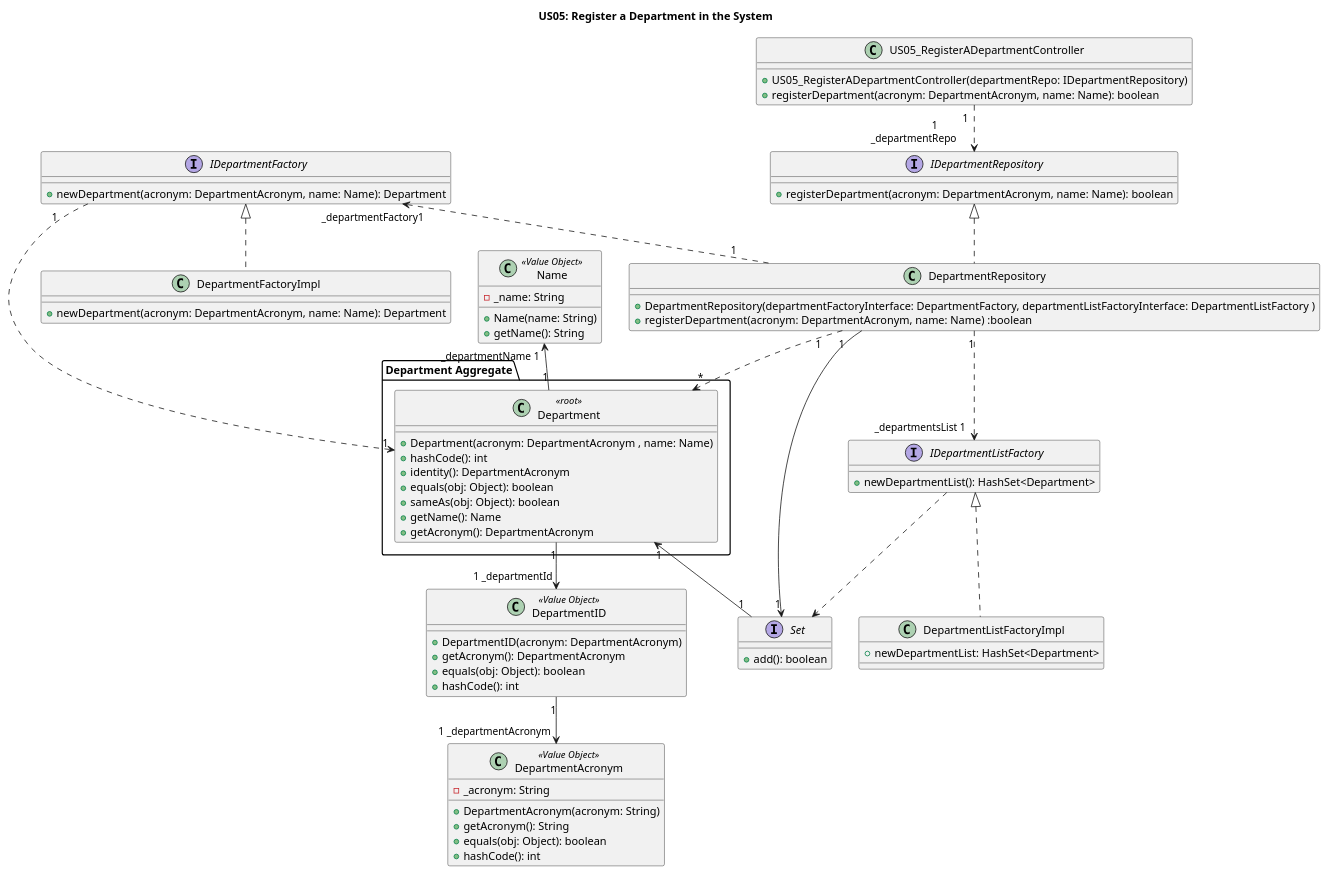
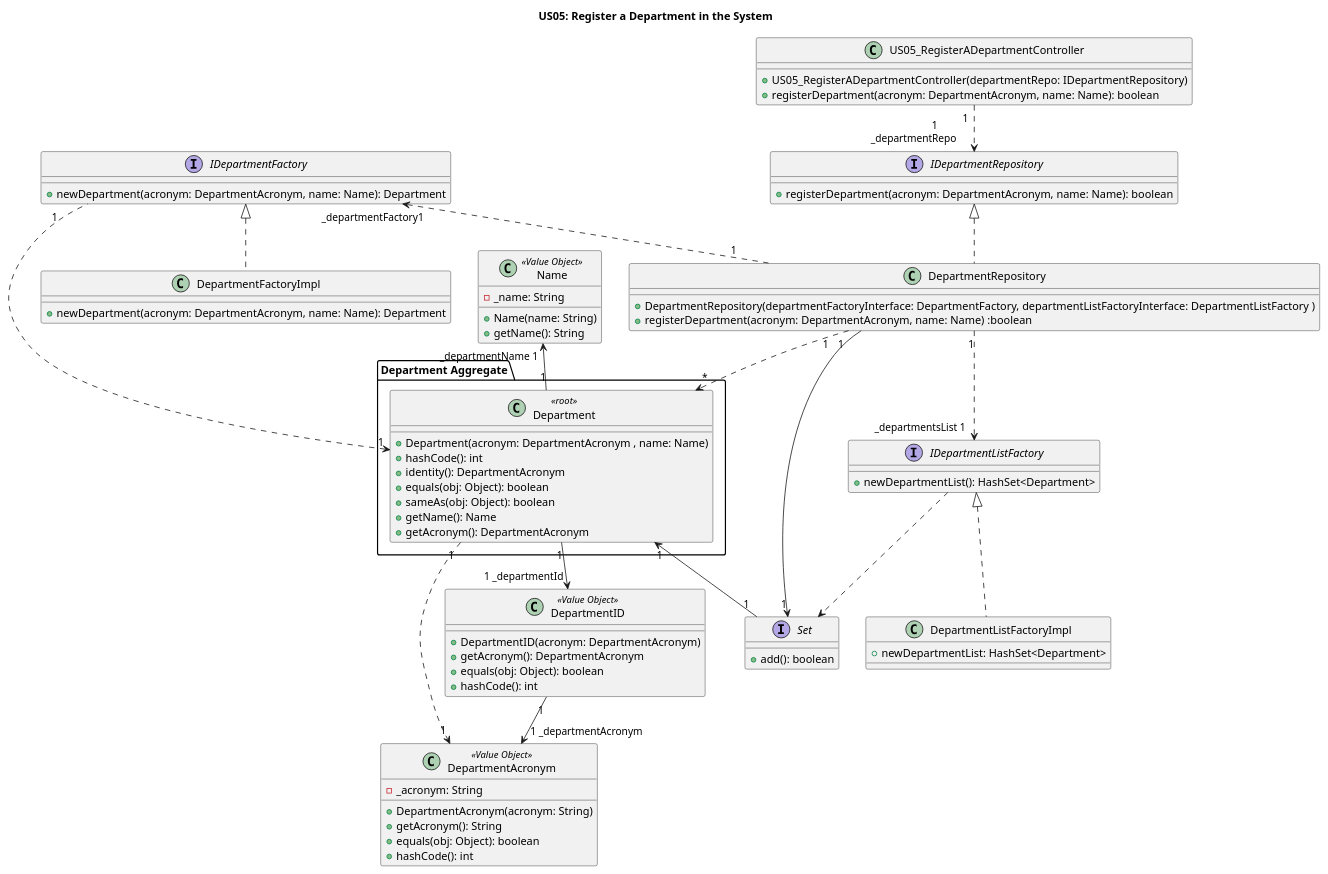
One commit to GasparISEP/DevOps-PAI changed the diagram in docs/US05/US05_DDD_DepartmentRegistryClassDiagram.puml. Above: the diagram before and after it, drawn with PlantUML.

Commit message:
CLoses #77: Add dependency between Department and DepartmentAcronym on US05 class diagram

```diff
--- a/docs/US05/US05_DDD_DepartmentRegistryClassDiagram.puml
+++ b/docs/US05/US05_DDD_DepartmentRegistryClassDiagram.puml
@@ -1,86 +1,87 @@
 @startuml
 title US05: Register a Department in the System
 'left to right direction'
 
 class US05_RegisterADepartmentController {
     +US05_RegisterADepartmentController(departmentRepo: IDepartmentRepository)
     +registerDepartment(acronym: DepartmentAcronym, name: Name): boolean
 }
 
 interface IDepartmentRepository {
     + registerDepartment(acronym: DepartmentAcronym, name: Name): boolean
 }
 class DepartmentRepository {
     +DepartmentRepository(departmentFactoryInterface: DepartmentFactory, departmentListFactoryInterface: DepartmentListFactory )
     +registerDepartment(acronym: DepartmentAcronym, name: Name) :boolean
 }
 
 class DepartmentFactoryImpl {
     +newDepartment(acronym: DepartmentAcronym, name: Name): Department
 }
 
 interface IDepartmentFactory {
     +newDepartment(acronym: DepartmentAcronym, name: Name): Department
 }
 
 class DepartmentListFactoryImpl {
     +newDepartmentList: HashSet<Department>
 }
 
 interface IDepartmentListFactory {
     + newDepartmentList(): HashSet<Department>
 }
 
 interface Set {
     +add(): boolean
 }
 
 package "Department Aggregate" {
 
 class Department <<root>> {
     +Department(acronym: DepartmentAcronym , name: Name)
     +hashCode(): int
     +identity(): DepartmentAcronym
     +equals(obj: Object): boolean
     +sameAs(obj: Object): boolean
     +getName(): Name
     +getAcronym(): DepartmentAcronym
 }
 }
 
 class Name <<Value Object >> {
     -_name: String
     + Name(name: String)
     + getName(): String
 }
 
 class DepartmentAcronym <<Value Object>> {
     -_acronym: String
     + DepartmentAcronym(acronym: String)
     + getAcronym(): String
     + equals(obj: Object): boolean
     + hashCode(): int
 }
 
 class DepartmentID <<Value Object>> {
     + DepartmentID(acronym: DepartmentAcronym)
     + getAcronym(): DepartmentAcronym
     + equals(obj: Object): boolean
     + hashCode(): int
 }
 
 DepartmentRepository "1" ..> "*" Department
 DepartmentRepository "1" -> "1" Set
 Department "1" <- "1" Set
 DepartmentRepository "1" ..> "_departmentsList 1" IDepartmentListFactory
 IDepartmentListFactory  <|..  DepartmentListFactoryImpl
 IDepartmentFactory  <|..  DepartmentFactoryImpl
 IDepartmentListFactory  ..>  Set
 US05_RegisterADepartmentController "1  " ..> "            1\n_departmentRepo    " IDepartmentRepository
 IDepartmentRepository <|.. DepartmentRepository
 Department "1" <.. "1" IDepartmentFactory
 IDepartmentFactory "_departmentFactory1" <.. "1"  DepartmentRepository
 Name "_departmentName 1" <-- "1" Department
 Department "1" --> "1 _departmentId" DepartmentID
 DepartmentID "1" --> "1 _departmentAcronym" DepartmentAcronym
+Department "1" ..> "1" DepartmentAcronym
 @enduml
```
